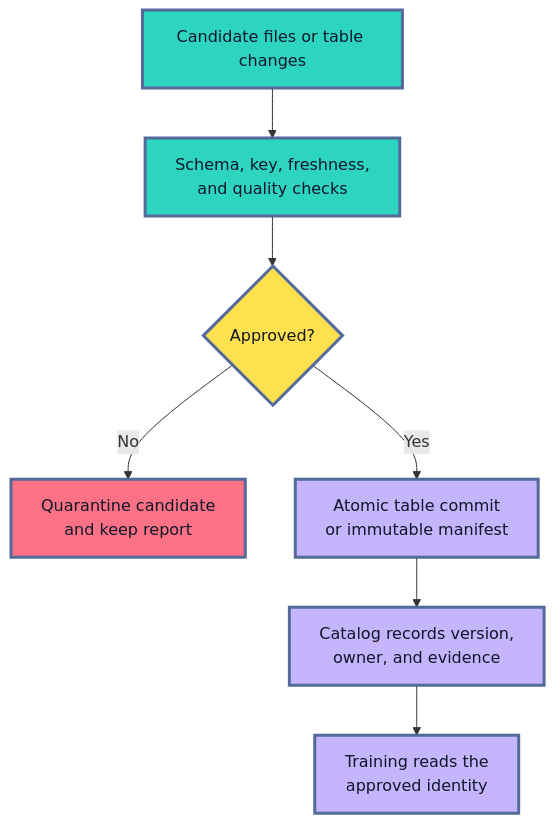
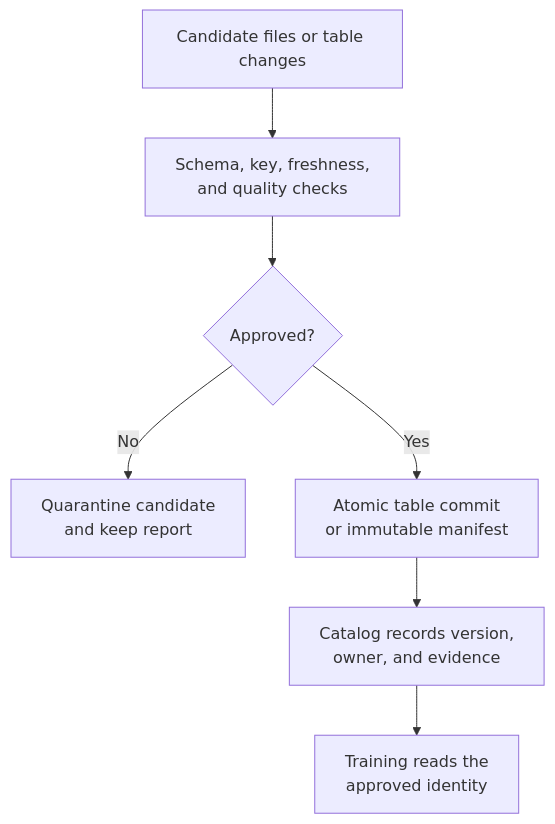
The fourth of 9 diagrams in roadmaps/mlops/modules/data-for-ml-systems/data-pipelines/01-repeatable-data-pipelines.md (senlinyy/dev-roadmaps), drawn with Mermaid before and after one commit. The commit also changed other lines of this file and 152 other files, not shown here.

Commit message:
feat: mlops and diagrams updated

````diff
--- a/roadmaps/mlops/modules/data-for-ml-systems/data-pipelines/01-repeatable-data-pipelines.md
+++ b/roadmaps/mlops/modules/data-for-ml-systems/data-pipelines/01-repeatable-data-pipelines.md
@@ -341,18 +332,14 @@
 ```mermaid
 flowchart TD
     A["Candidate files or table changes"] --> B["Schema, key, freshness,<br/>and quality checks"]
     B --> C{"Approved?"}
     C -->|"No"| D["Quarantine candidate<br/>and keep report"]
     C -->|"Yes"| E["Atomic table commit<br/>or immutable manifest"]
     E --> F["Catalog records version,<br/>owner, and evidence"]
     F --> G["Training reads the<br/>approved identity"]
 
-    classDef candidate fill:#2DD4BF,stroke:#536A9A,stroke-width:3px,color:#0F172A
-    classDef gate fill:#FFE04F,stroke:#536A9A,stroke-width:3px,color:#111827
-    classDef fail fill:#FB7185,stroke:#536A9A,stroke-width:3px,color:#111827
-    classDef publish fill:#C4B5FD,stroke:#536A9A,stroke-width:3px,color:#0F172A
     class A,B candidate
     class C gate
     class D fail
     class E,F,G publish
 ```
````
